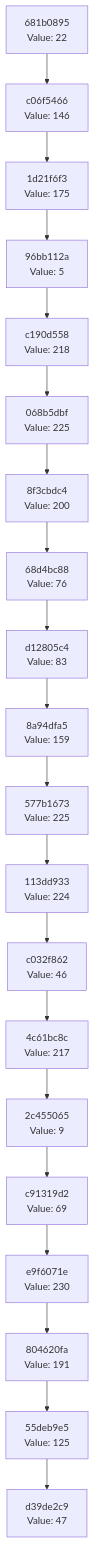
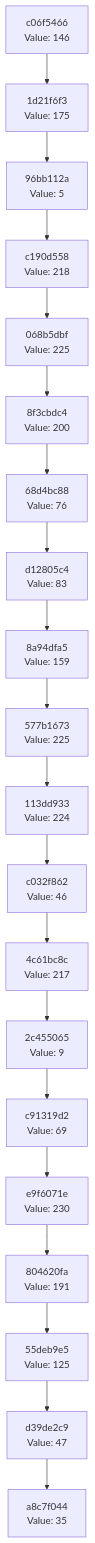
Before and after one commit to Abhisheksinha1506/hash-chain-evolver: the diagram in docs/CHAIN_VISUALIZATION.md, drawn with Mermaid. The commit also changed 3 other files, not shown here.

````diff
--- a/docs/CHAIN_VISUALIZATION.md
+++ b/docs/CHAIN_VISUALIZATION.md
@@ -3,42 +3,42 @@
 ```mermaid
 graph TD
-    C0["d39de2c9<br/>Value: 47"]
-    C1["55deb9e5<br/>Value: 125"]
+    C0["a8c7f044<br/>Value: 35"]
+    C1["d39de2c9<br/>Value: 47"]
     C1 --> C0
-    C2["804620fa<br/>Value: 191"]
+    C2["55deb9e5<br/>Value: 125"]
     C2 --> C1
-    C3["e9f6071e<br/>Value: 230"]
+    C3["804620fa<br/>Value: 191"]
     C3 --> C2
-    C4["c91319d2<br/>Value: 69"]
+    C4["e9f6071e<br/>Value: 230"]
     C4 --> C3
-    C5["2c455065<br/>Value: 9"]
+    C5["c91319d2<br/>Value: 69"]
     C5 --> C4
-    C6["4c61bc8c<br/>Value: 217"]
+    C6["2c455065<br/>Value: 9"]
     C6 --> C5
-    C7["c032f862<br/>Value: 46"]
+    C7["4c61bc8c<br/>Value: 217"]
     C7 --> C6
-    C8["113dd933<br/>Value: 224"]
+    C8["c032f862<br/>Value: 46"]
     C8 --> C7
-    C9["577b1673<br/>Value: 225"]
+    C9["113dd933<br/>Value: 224"]
     C9 --> C8
-    C10["8a94dfa5<br/>Value: 159"]
+    C10["577b1673<br/>Value: 225"]
     C10 --> C9
-    C11["d12805c4<br/>Value: 83"]
+    C11["8a94dfa5<br/>Value: 159"]
     C11 --> C10
-    C12["68d4bc88<br/>Value: 76"]
+    C12["d12805c4<br/>Value: 83"]
     C12 --> C11
-    C13["8f3cbdc4<br/>Value: 200"]
+    C13["68d4bc88<br/>Value: 76"]
     C13 --> C12
-    C14["068b5dbf<br/>Value: 225"]
+    C14["8f3cbdc4<br/>Value: 200"]
     C14 --> C13
-    C15["c190d558<br/>Value: 218"]
+    C15["068b5dbf<br/>Value: 225"]
     C15 --> C14
-    C16["96bb112a<br/>Value: 5"]
+    C16["c190d558<br/>Value: 218"]
     C16 --> C15
-    C17["1d21f6f3<br/>Value: 175"]
+    C17["96bb112a<br/>Value: 5"]
     C17 --> C16
-    C18["c06f5466<br/>Value: 146"]
+    C18["1d21f6f3<br/>Value: 175"]
     C18 --> C17
-    C19["681b0895<br/>Value: 22"]
+    C19["c06f5466<br/>Value: 146"]
     C19 --> C18
 ```
````
